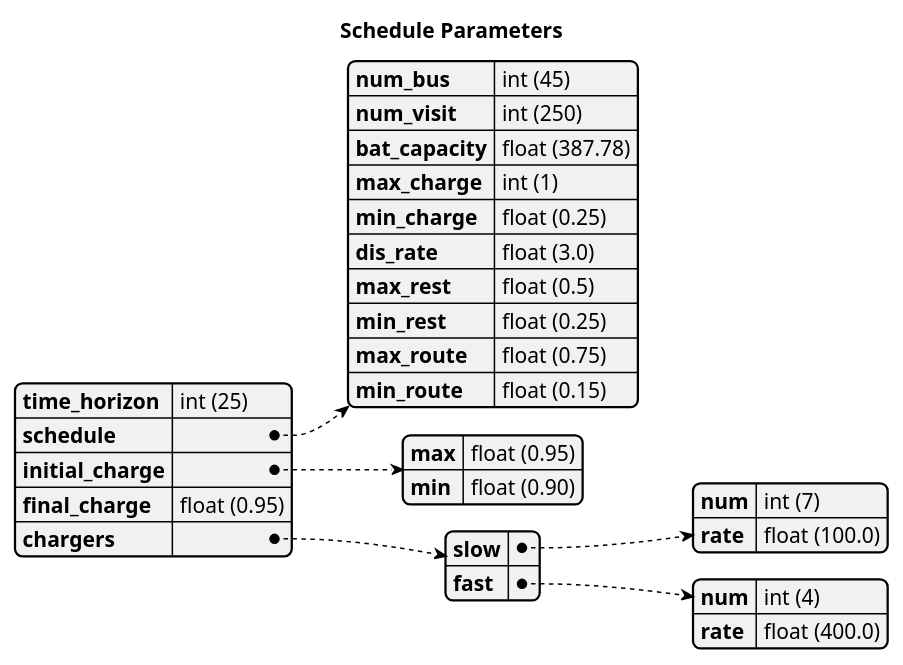
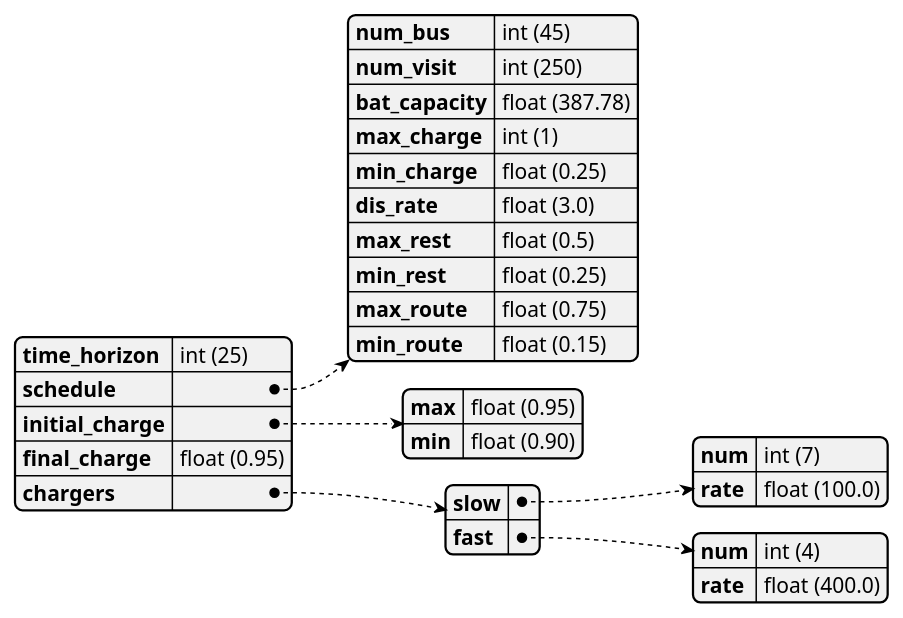
The diagram in sections/img/route_yaml.puml (alexb7711/sa-pap-paper), drawn with PlantUML before and after one commit. The commit also changed 1 other file, not shown here.

```diff
--- a/sections/img/route_yaml.puml
+++ b/sections/img/route_yaml.puml
@@ -1,36 +1,25 @@
 @startyaml
-
-title Schedule Parameters
-
-' Time horizon information
 time_horizon: int (25)                 # [hr]
-
-' Schedule information
 schedule:
   num_bus: int (45)
   num_visit: int (250)
   bat_capacity: float (387.78)         # [KWh]
   max_charge: int (1)                  # [0-1]
   min_charge: float (0.25)             # [0-1]
   dis_rate: float (3.0)                # [Kw]
   max_rest: float (0.5)                # [hr]
   min_rest: float (0.25)               # [hr]
   max_route: float (0.75)              # [hr]
   min_route: float (0.15)              # [hr]
-
-' Bus initial/final charge information
 initial_charge:
   max: float (0.95)                    # [0-1]
   min: float (0.90)                    # [0-1]
 final_charge: float (0.95)             # [0-1]
-
-' Charger information
 chargers:
   slow:
     num: int (7)
     rate: float (100.0)                # [Kw]
   fast:
     num: int (4)
     rate: float (400.0)                # [Kw]
-
 @endyaml
```
